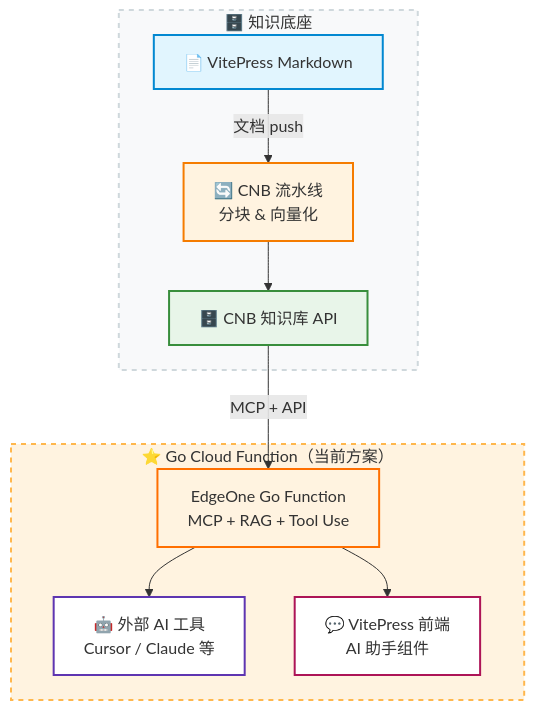
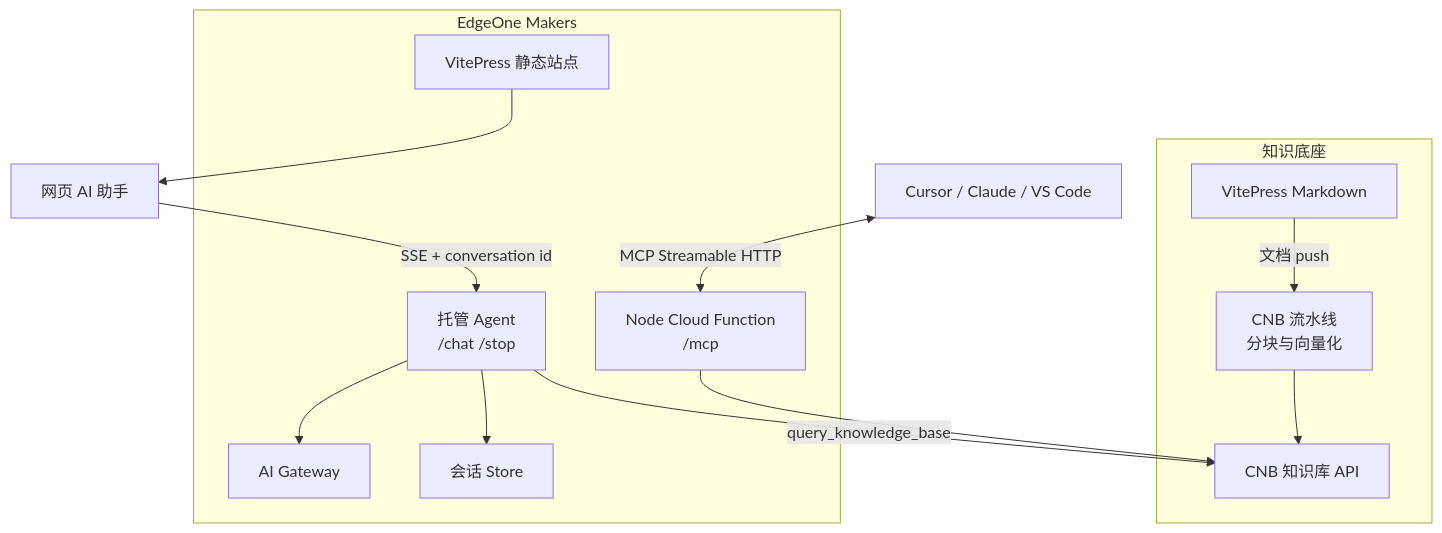
The diagram in features/architecture.md (Mintimate/vector-mcp-edge), drawn with Mermaid before and after one commit. The commit also changed other lines of this file and 21 other files, not shown here.

Commit message:
docs: 更新 EdgeOne Makers Agent 架构说明

````diff
--- a/features/architecture.md
+++ b/features/architecture.md
@@ -7,27 +7,23 @@
 ```mermaid
 flowchart TB
-
-    subgraph Base ["🗄️ 知识底座"]
-        A["📄 VitePress Markdown"] -->|文档 push| B["🔄 CNB 流水线<br/>分块 & 向量化"]
-        B --> C["🗄️ CNB 知识库 API"]
+    subgraph Base ["知识底座"]
+        A["VitePress Markdown"] -->|文档 push| B["CNB 流水线<br/>分块与向量化"]
+        B --> C["CNB 知识库 API"]
     end
 
-    subgraph GoFunc ["⭐ Go Cloud Function（当前方案）"]
-        H["EdgeOne Go Function<br/>MCP + RAG + Tool Use"] --> I["🤖 外部 AI 工具<br/>Cursor / Claude 等"]
-        H --> J["💬 VitePress 前端<br/>AI 助手组件"]
+    subgraph Makers ["EdgeOne Makers"]
+        D["VitePress 静态站点"]
+        E["Node Cloud Function<br/>/mcp"]
+        F["托管 Agent<br/>/chat /stop"]
+        G["AI Gateway"]
+        H["会话 Store"]
     end
 
-    C -->|MCP + API| H
-
-    %% 泳道/分组样式
-    style Base fill:#f8f9fa,stroke:#cfd8dc,stroke-width:2px,stroke-dasharray: 5 5
-    style GoFunc fill:#fff3e0,stroke:#ffb74d,stroke-width:2px,stroke-dasharray: 5 5
-
-    %% 节点样式
-    style A fill:#e1f5fe,stroke:#0288d1,stroke-width:2px
-    style B fill:#fff3e0,stroke:#f57c00,stroke-width:2px
-    style C fill:#e8f5e9,stroke:#388e3c,stroke-width:2px
-    style H fill:#fff3e0,stroke:#ff6f00,stroke-width:2px
-    style I fill:#ffffff,stroke:#5e35b1,stroke-width:2px
-    style J fill:#ffffff,stroke:#ad1457,stroke-width:2px
+    I["Cursor / Claude / VS Code"] <-->|MCP Streamable HTTP| E
+    J["网页 AI 助手"] -->|SSE + conversation id| F
+    E --> C
+    F -->|query_knowledge_base| C
+    F --> G
+    F --> H
+    D --> J
 ```
````
